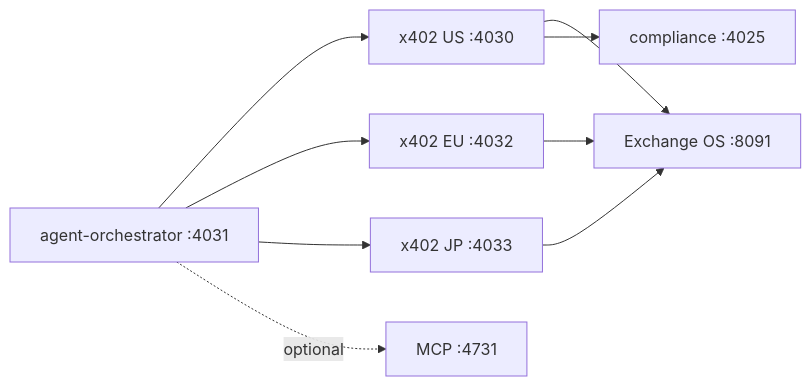
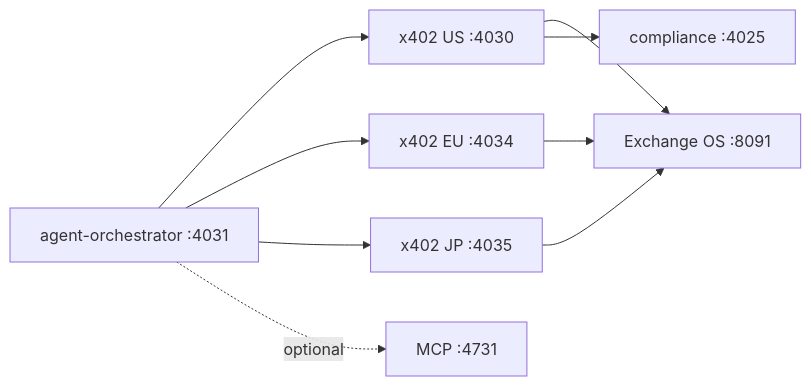
Before and after one commit to FTHTrading/Troptions-full-pack: the second of 2 diagrams in docs/technical/X402_GLOBAL_MESH.md, drawn with Mermaid. The commit also changed other lines of this file and 13 other files, not shown here.

````diff
--- a/docs/technical/X402_GLOBAL_MESH.md
+++ b/docs/technical/X402_GLOBAL_MESH.md
@@ -94,18 +95,18 @@
 ```mermaid
 flowchart LR
   AO[agent-orchestrator :4031]
   US[x402 US :4030]
-  EU[x402 EU :4032]
-  JP[x402 JP :4033]
+  EU[x402 EU :4034]
+  JP[x402 JP :4035]
   MCP[MCP :4731]
   EX[Exchange OS :8091]
   CE[compliance :4025]
   AO --> US
   AO --> EU
   AO --> JP
   AO -. optional .-> MCP
   US --> EX
   EU --> EX
   JP --> EX
   US --> CE
 ```
````
